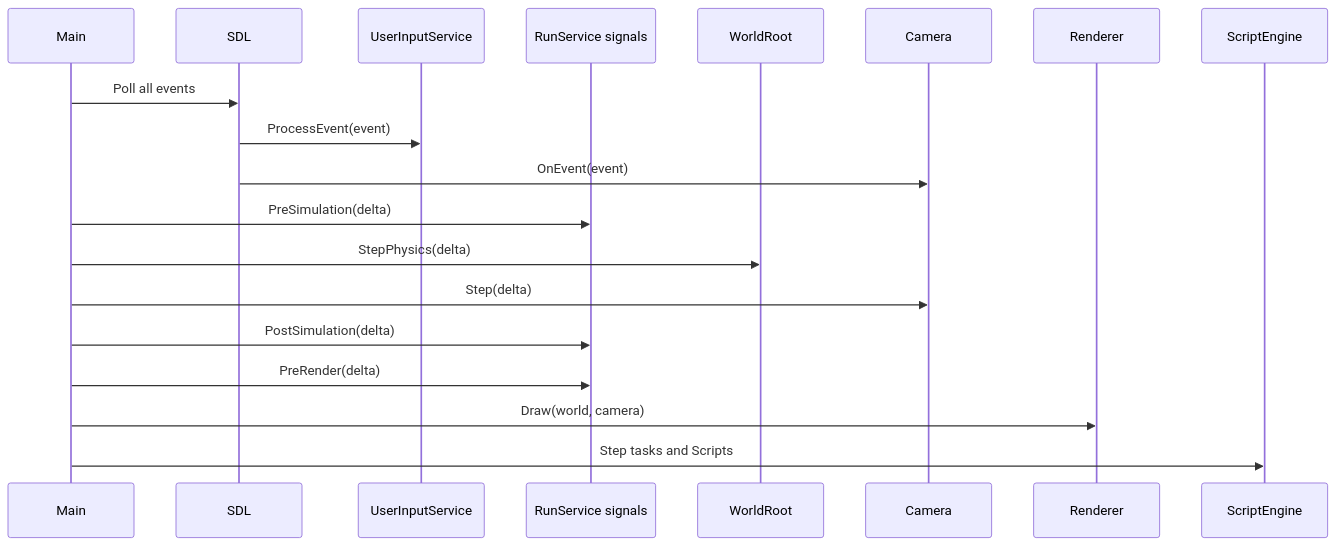
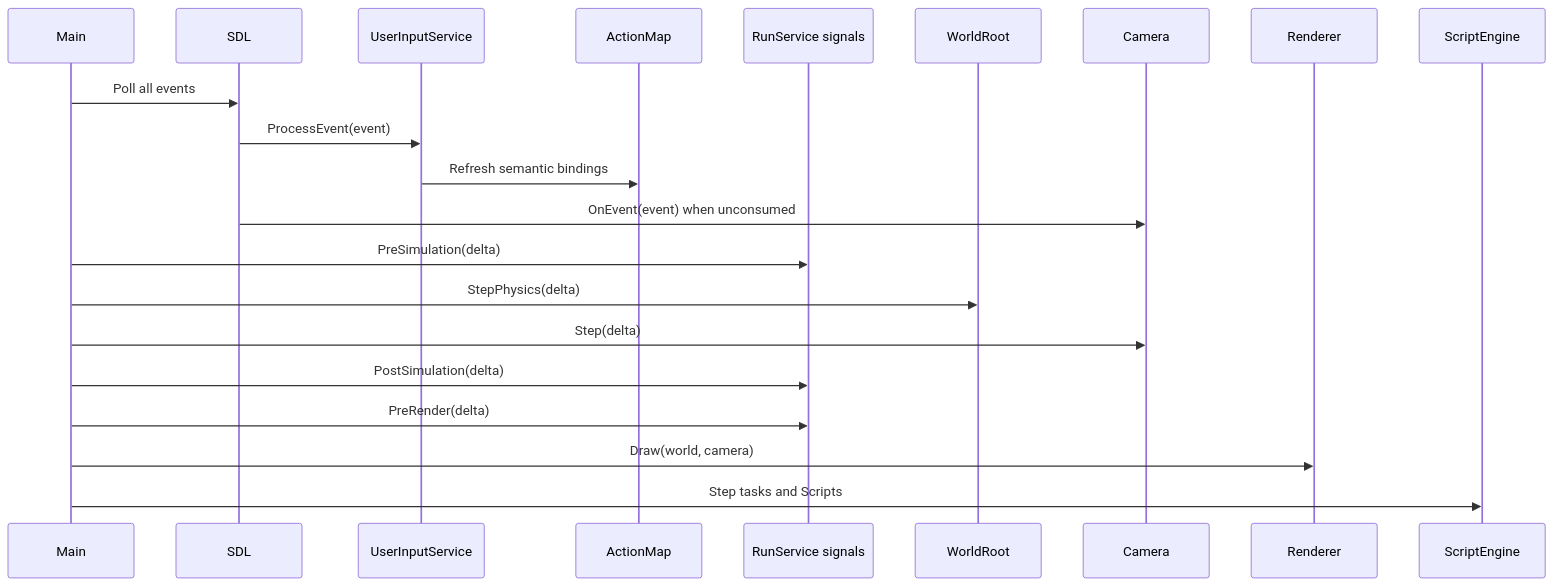
One commit to gmoddev/gargantuan changed the third of 3 diagrams in devdocs/CurrentArchitecture/README.md. Above: the diagram before and after it, drawn with Mermaid. The commit also changed other lines of this file and 49 other files, not shown here.

````diff
--- a/devdocs/CurrentArchitecture/README.md
+++ b/devdocs/CurrentArchitecture/README.md
@@ -136,22 +140,24 @@
 ```mermaid
 sequenceDiagram
     participant Main
     participant SDL
     participant Input as UserInputService
+    participant Actions as ActionMap
     participant Run as RunService signals
     participant Physics as WorldRoot
     participant Camera
     participant Renderer
     participant Luau as ScriptEngine
 
     Main->>SDL: Poll all events
     SDL->>Input: ProcessEvent(event)
-    SDL->>Camera: OnEvent(event)
+    Input->>Actions: Refresh semantic bindings
+    SDL->>Camera: OnEvent(event) when unconsumed
     Main->>Run: PreSimulation(delta)
     Main->>Physics: StepPhysics(delta)
     Main->>Camera: Step(delta)
     Main->>Run: PostSimulation(delta)
     Main->>Run: PreRender(delta)
     Main->>Renderer: Draw(world, camera)
     Main->>Luau: Step tasks and Scripts
 ```
````
